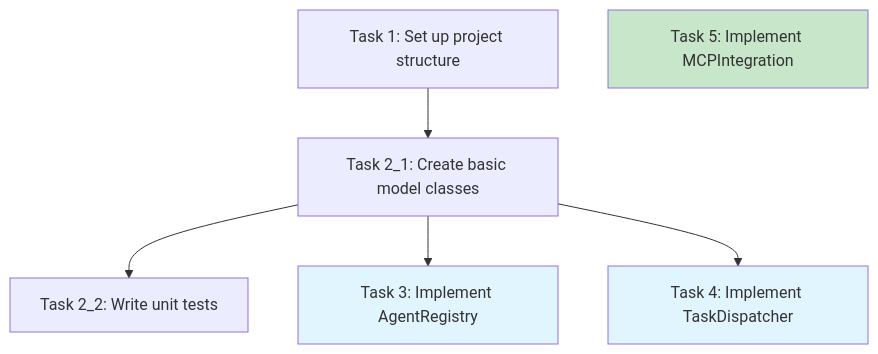
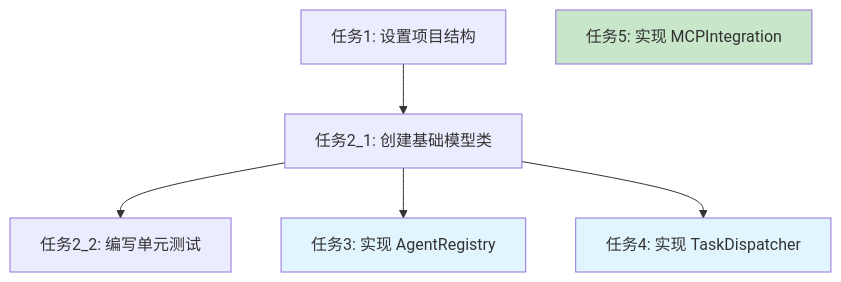
The diagram in .claude/agents/agent-tasks.md (ezrover/POICompanion), drawn with Mermaid before and after one commit. The commit also changed other lines of this file and 15 other files, not shown here.

````diff
--- a/.claude/agents/agent-tasks.md
+++ b/.claude/agents/agent-tasks.md
@@ -73,18 +60,18 @@
 ```mermaid
 flowchart TD
-    T1[Task 1: Set up project structure]
-    T2_1[Task 2_1: Create basic model classes]
-    T2_2[Task 2_2: Write unit tests]
-    T3[Task 3: Implement AgentRegistry]
-    T4[Task 4: Implement TaskDispatcher]
-    T5[Task 5: Implement MCPIntegration]
+    T1[任务1: 设置项目结构]
+    T2_1[任务2_1: 创建基础模型类]
+    T2_2[任务2_2: 编写单元测试]
+    T3[任务3: 实现 AgentRegistry]
+    T4[任务4: 实现 TaskDispatcher]
+    T5[任务5: 实现 MCPIntegration]
     
     T1 --> T2_1
     T2_1 --> T2_2
     T2_1 --> T3
     T2_1 --> T4
     
     style T3 fill:#e1f5fe
     style T4 fill:#e1f5fe
     style T5 fill:#c8e6c9
 ```
````
